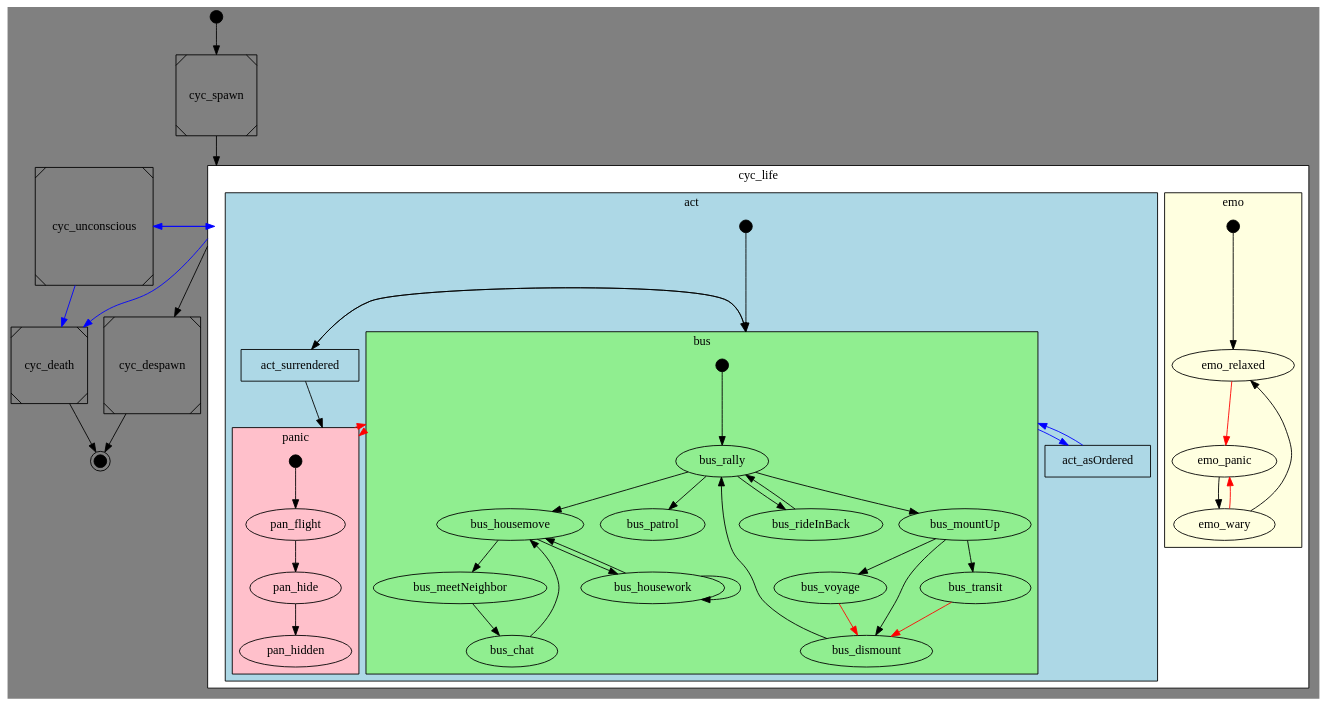
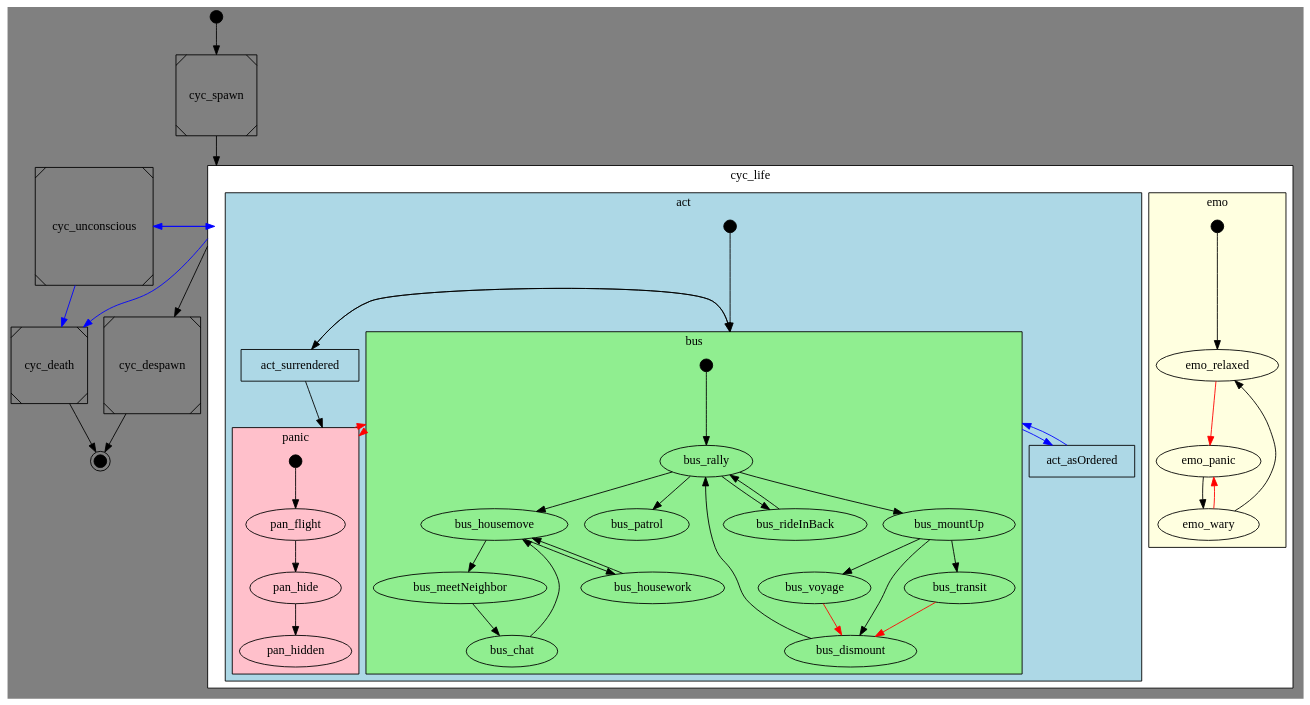
Before and after one commit to gruppe-adler/grad_civs: the diagram in docs/states.gv, drawn with Graphviz. The commit also changed 2 other files, not shown here.

Commit message:
graph update

```diff
--- a/docs/states.gv
+++ b/docs/states.gv
@@ -1,86 +1,85 @@
 digraph lifecycle {
     bgcolor="gray";
     compound=true;
 
     subgraph cluster_life {
         bgcolor="white";
         shape="Msquare";
         label="cyc_life";
         cluster_life_node [shape=point style=invis];
 
         subgraph cluster_emotions {
             bgcolor="lightyellow";
             label="emo";
             emo[shape=point,width=0.2,height=0.2]; emo -> emo_relaxed [len=0.2];
             {emo_wary, emo_relaxed} -> emo_panic [color="red"];
             emo_panic -> emo_wary -> emo_relaxed;
         }
 
         subgraph cluster_activities {
             bgcolor="lightblue";
             label="act";
 
             subgraph cluster_business {
                 bgcolor="lightgreen";
                 label="bus";
                 cluster_business_node [shape=point style=invis];
                 bus [shape=point,width=0.2,height=0.2]; bus -> bus_rally [len=0.2,weight=5];
                 bus_rally -> bus_patrol;
                 bus_rally -> bus_mountUp;
                 bus_rally -> bus_rideInBack;
                 bus_mountUp -> bus_transit;
                 bus_mountUp -> bus_voyage;
                 bus_mountUp -> bus_dismount;
                 bus_transit -> bus_dismount [color=red]; # panic event
                 bus_voyage -> bus_dismount [color=red]; # panic event
                 bus_dismount -> bus_rally;
                 bus_rally -> bus_housemove;
                 bus_rideInBack -> bus_rally;
                 bus_housemove -> bus_meetNeighbor;
                 bus_meetNeighbor -> bus_chat;
                 bus_chat -> bus_housemove;
                 bus_housemove -> bus_housework;
                 bus_housework -> bus_housemove;
-                bus_housework -> bus_housework;
             }
 
             subgraph cluster_panic {
                 bgcolor="pink";
                 label="panic";
                 cluster_panic_node [shape=point style=invis];
                 pan [shape=point,width=0.2,height=0.2]; pan -> pan_flight;
                 pan_flight -> pan_hide -> pan_hidden;
             }
 
             act [shape=point,width=0.2,height=0.2]; act -> cluster_business_node [lhead=cluster_business];
 
             act_asOrdered [shape=rectangle];
             act_surrendered [shape=rectangle];
 
             act_surrendered -> cluster_panic_node [lhead=cluster_panic];
 
             act_surrendered -> cluster_business_node [lhead=cluster_business];
             cluster_business_node -> act_surrendered [ltail=cluster_business];
             act_asOrdered -> cluster_business_node [lhead=cluster_business color=blue];
             cluster_business_node -> act_asOrdered [ltail=cluster_business color=blue];
 
             cluster_panic_node -> cluster_business_node [color=red lhead=cluster_business ltail=cluster_panic]
             cluster_business_node -> cluster_panic_node [ltail=cluster_business lhead=cluster_panic color=red]
 
         }
     }
 
     cyc_spawn [shape=Msquare];
     cyc_despawn [shape=Msquare];
     cyc_death [shape=Msquare];
     cyc_unconscious [shape=Msquare];
 
     cyc_0 [shape=point,width=0.2,height=0.2]; cyc_0 -> cyc_spawn;
     cyc_1 [shape=point,width=0.2,height=0.2,peripheries=2]; cyc_death -> cyc_1; cyc_despawn -> cyc_1;
     cyc_spawn -> cluster_life_node [lhead=cluster_life];
     cluster_life_node -> cyc_despawn [ltail=cluster_life];
     cluster_life_node -> cyc_death [ltail=cluster_life color=blue];
     cluster_life_node -> cyc_unconscious [ltail=cluster_life color=blue];
     cyc_unconscious -> cluster_life_node [ltail=cluster_life color=blue];
     cyc_unconscious -> cyc_death [ltail=cluster_life color=blue];
 }
```
